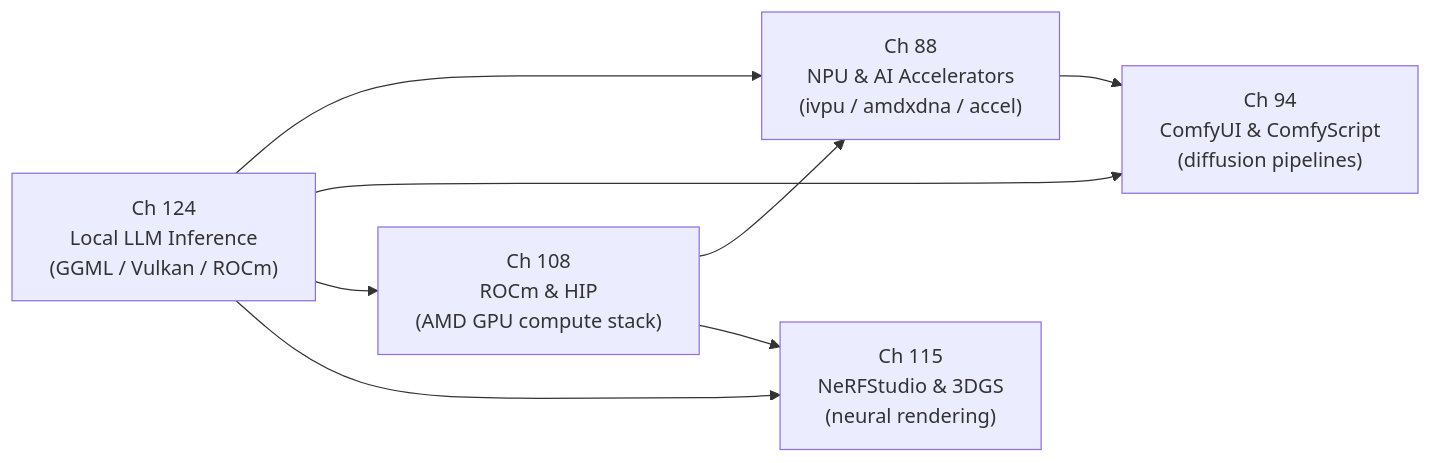
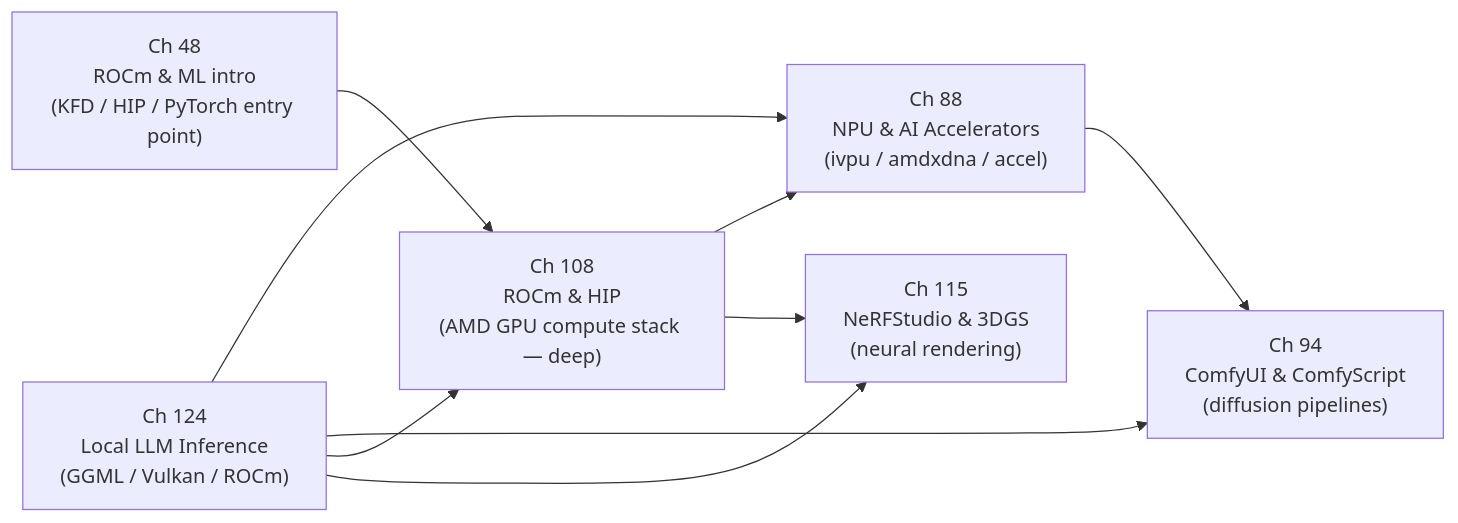
Before and after one commit to jreuben11/linux-graphics-stack-book: the diagram in chapters/part-20-ai-inference/part-intro.md, drawn with Mermaid. The commit also changed other lines of this file and 95 other files, not shown here.

First line of the commit message:
Add Roadmap sections to 94 chapters, Ch93 §13 frame latency, plan.md appendix updates

````diff
--- a/chapters/part-20-ai-inference/part-intro.md
+++ b/chapters/part-20-ai-inference/part-intro.md
@@ -19,16 +21,18 @@
 ```mermaid
 graph LR
+    CH48["Ch 48\nROCm & ML intro\n(KFD / HIP / PyTorch entry point)"]
     CH88["Ch 88\nNPU & AI Accelerators\n(ivpu / amdxdna / accel)"]
     CH94["Ch 94\nComfyUI & ComfyScript\n(diffusion pipelines)"]
-    CH108["Ch 108\nROCm & HIP\n(AMD GPU compute stack)"]
+    CH108["Ch 108\nROCm & HIP\n(AMD GPU compute stack — deep)"]
     CH115["Ch 115\nNeRFStudio & 3DGS\n(neural rendering)"]
     CH124["Ch 124\nLocal LLM Inference\n(GGML / Vulkan / ROCm)"]
 
+    CH48 --> CH108
     CH124 --> CH88
     CH124 --> CH94
     CH124 --> CH108
     CH108 --> CH88
     CH108 --> CH115
     CH124 --> CH115
     CH88 --> CH94
 ```
````
